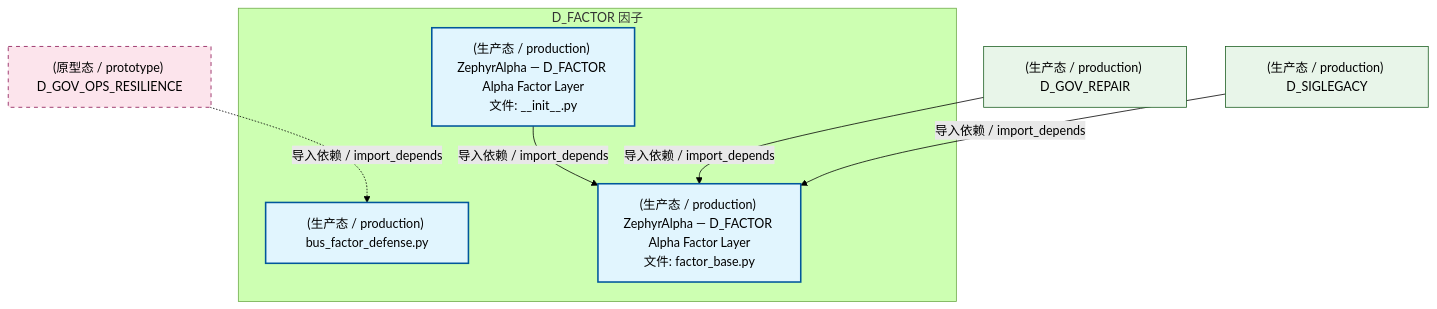
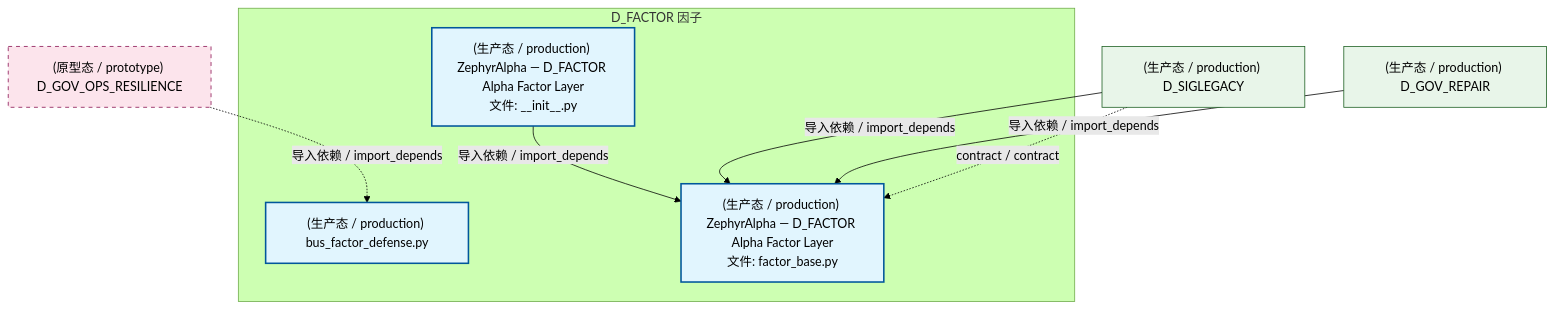
One commit to xuanFelixVan/ZephyrAlpha changed the second of 4 diagrams in docs/02_enterprise_architecture/02_domain_architecture_docs/36_d_factor.md. Above: the diagram before and after it, drawn with Mermaid (forest theme). The commit also changed other lines of this file and 126 other files, not shown here.

````diff
--- a/docs/02_enterprise_architecture/02_domain_architecture_docs/36_d_factor.md
+++ b/docs/02_enterprise_architecture/02_domain_architecture_docs/36_d_factor.md
@@ -117,22 +123,23 @@
 ```mermaid
 graph TD
     subgraph D_FACTOR["D_FACTOR 因子"]
         src_zephyr_factor_init_py["(生产态 / production) ZephyrAlpha — D_FACTOR Alpha Factor Layer<br/>文件: __init__.py"]
         src_zephyr_factor_bus_factor_defense_py["(生产态 / production) bus_factor_defense.py"]
         src_zephyr_factor_factor_base_py["(生产态 / production) ZephyrAlpha — D_FACTOR Alpha Factor Layer<br/>文件: factor_base.py"]
     end
     src_zephyr_factor_init_py -->|导入依赖 / import_depends| src_zephyr_factor_factor_base_py
-    D_GOV_REPAIR["(生产态 / production) D_GOV_REPAIR"]
-    D_GOV_REPAIR -->|导入依赖 / import_depends| src_zephyr_factor_factor_base_py
     D_GOV_OPS_RESILIENCE["(原型态 / prototype) D_GOV_OPS_RESILIENCE"]
     D_GOV_OPS_RESILIENCE -.->|导入依赖 / import_depends| src_zephyr_factor_bus_factor_defense_py
     D_SIGLEGACY["(生产态 / production) D_SIGLEGACY"]
     D_SIGLEGACY -->|导入依赖 / import_depends| src_zephyr_factor_factor_base_py
+    D_GOV_REPAIR["(生产态 / production) D_GOV_REPAIR"]
+    D_GOV_REPAIR -->|导入依赖 / import_depends| src_zephyr_factor_factor_base_py
+    D_SIGLEGACY -.->|contract / contract| src_zephyr_factor_factor_base_py
     classDef production fill:#e1f5fe,stroke:#01579b,stroke-width:2px,color:#000
     classDef design fill:#fff3e0,stroke:#e65100,stroke-width:2px,color:#000,stroke-dasharray: 5 5
     classDef external_prod fill:#e8f5e9,stroke:#1b5e20,stroke-width:1px,color:#000
     classDef external_design fill:#fce4ec,stroke:#880e4f,stroke-width:1px,color:#000,stroke-dasharray: 5 5
     class src_zephyr_factor_init_py,src_zephyr_factor_bus_factor_defense_py,src_zephyr_factor_factor_base_py production
-    class D_GOV_REPAIR,D_SIGLEGACY external_prod
+    class D_SIGLEGACY,D_GOV_REPAIR external_prod
     class D_GOV_OPS_RESILIENCE external_design
 ```
````
